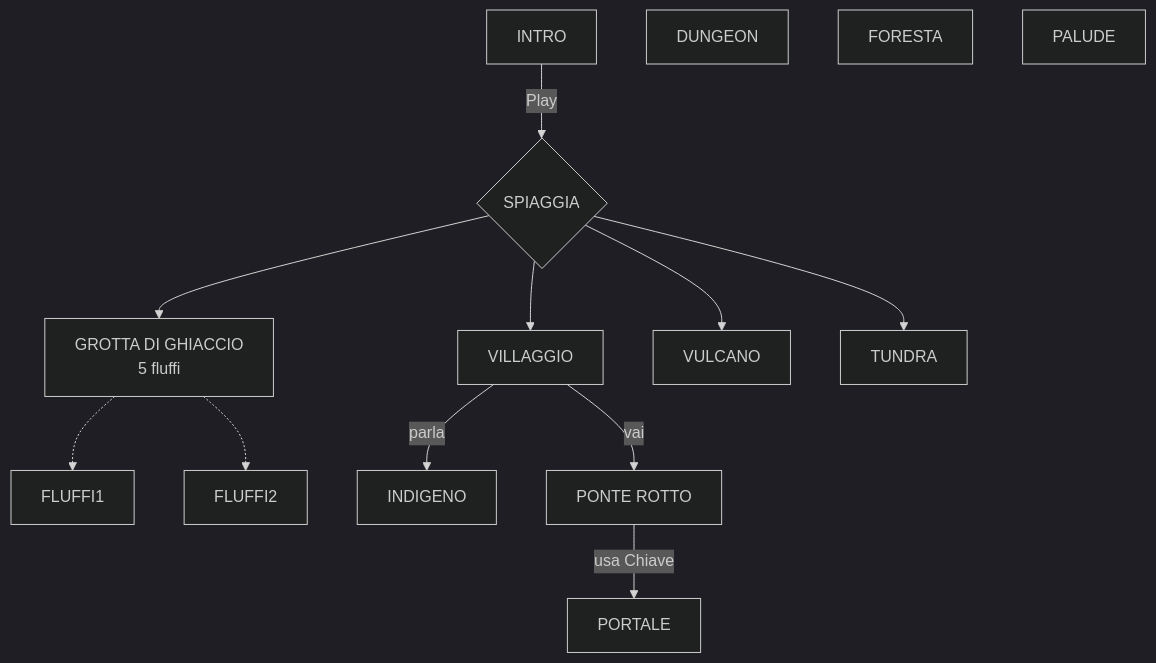
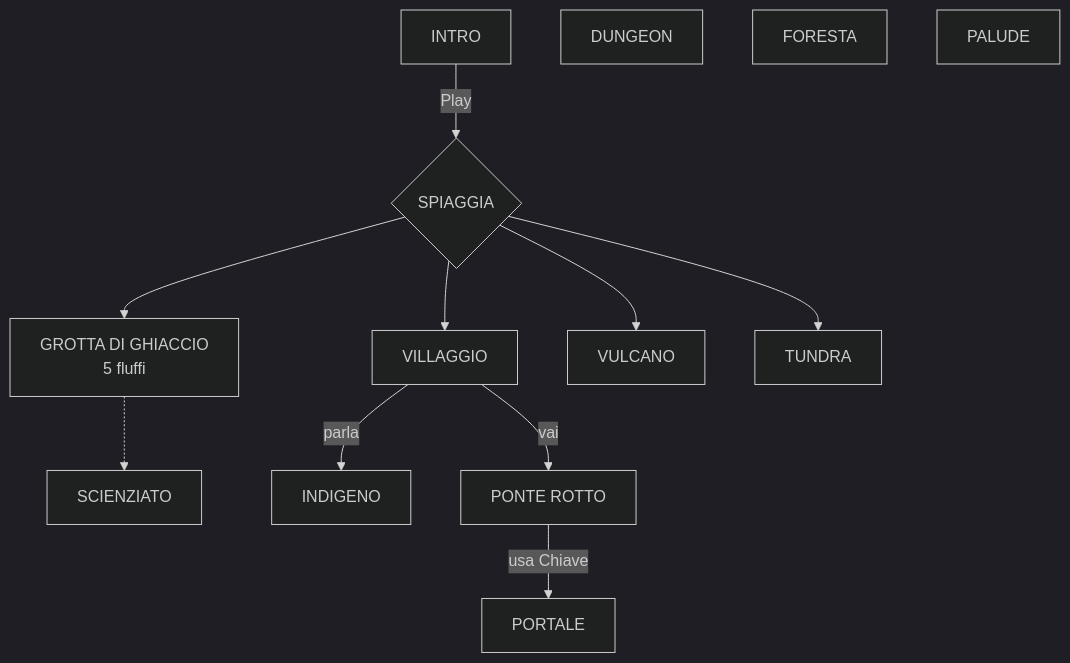
Before and after one commit to 2042ed/JAM.7FRAMES: the second of 2 diagrams in docs/7Frames - Flow.md, drawn with Mermaid (dark theme). The commit also changed other lines of this file and 6 other files, not shown here.

````diff
--- a/docs/7Frames - Flow.md
+++ b/docs/7Frames - Flow.md
@@ -3,31 +28,30 @@
 ```mermaid
 graph TD
 
 INTRO
 SPIAGGIA{SPIAGGIA}
 GROTTA["GROTTA DI GHIACCIO<br>5 fluffi"]
 VILLAGGIO
 DUNGEON
 FORESTA
 PALUDE
 VULCANO
 TUNDRA
 
 INTRO -->|Play| SPIAGGIA
 
 SPIAGGIA --> TUNDRA
 SPIAGGIA --> VILLAGGIO
 SPIAGGIA --> VULCANO
 SPIAGGIA --> GROTTA
 
-GROTTA -.-> FLUFFI1
-GROTTA -.-> FLUFFI2
+GROTTA -.-> SCIENZIATO
 
 VILLAGGIO --> |parla| INDIGENO
 VILLAGGIO --> |vai| PONTE[PONTE ROTTO]
 
 
 
 PONTE --> |usa Chiave| PORTALE
 
 ```
````
